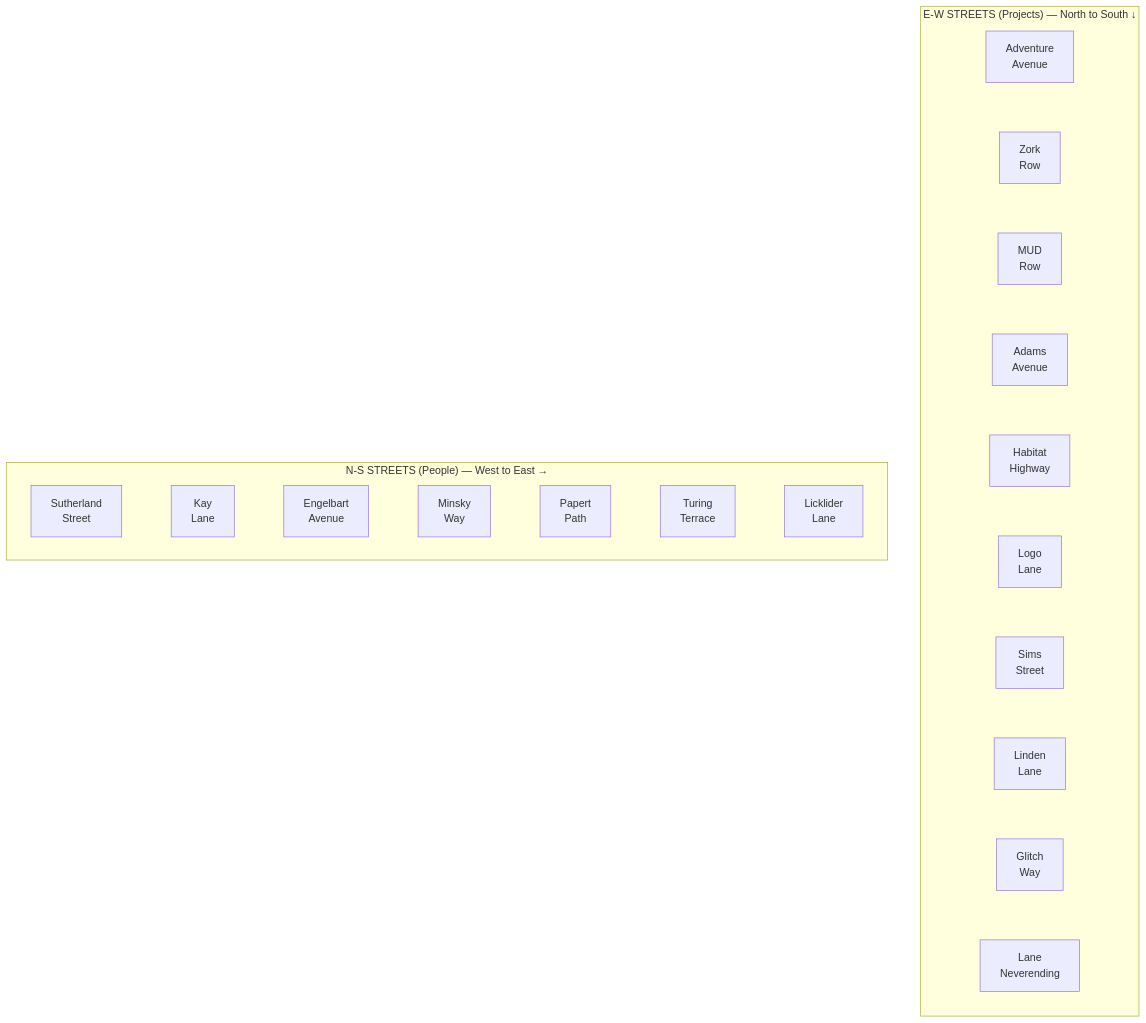
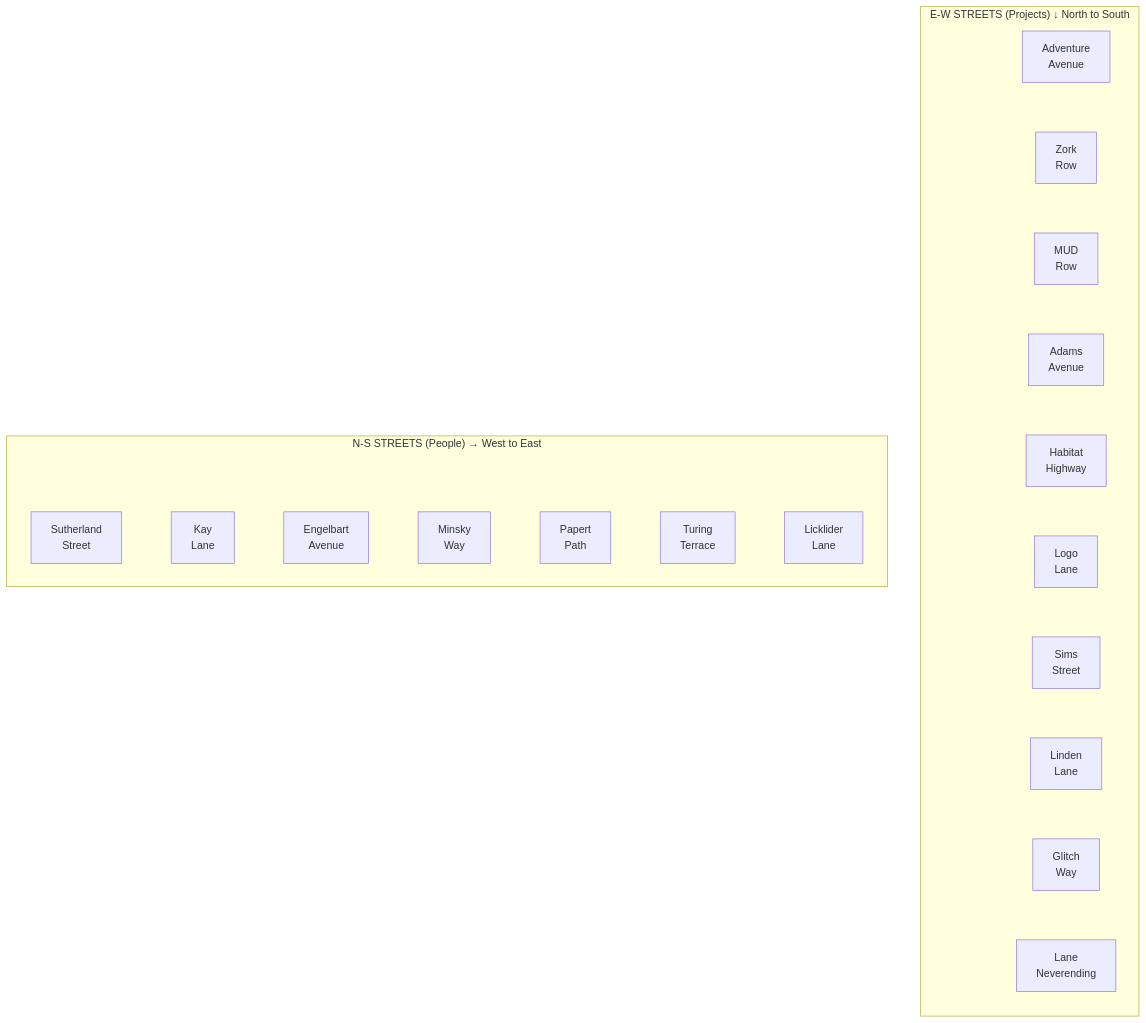
One commit to SimHacker/moollm changed the diagram in examples/adventure-4/street/README.md. Above: the diagram before and after it, drawn with Mermaid.

Commit message:
Add padding under Mermaid titles, shorter title format

````diff
--- a/examples/adventure-4/street/README.md
+++ b/examples/adventure-4/street/README.md
@@ -11,25 +11,30 @@
 ```mermaid
 flowchart TB
-    subgraph EW["E-W STREETS (Projects) — North to South ↓"]
+    subgraph EW["E-W STREETS (Projects) ↓ North to South"]
         direction TB
+        space1[" "]
         Adv["Adventure<br>Avenue"] ~~~ Zork["Zork<br>Row"]
         Zork ~~~ MUD["MUD<br>Row"]
         MUD ~~~ Adams["Adams<br>Avenue"]
         Adams ~~~ Hab["Habitat<br>Highway"]
         Hab ~~~ Logo["Logo<br>Lane"]
         Logo ~~~ Sims["Sims<br>Street"]
         Sims ~~~ Linden["Linden<br>Lane"]
         Linden ~~~ Glitch["Glitch<br>Way"]
         Glitch ~~~ Lane["Lane<br>Neverending"]
     end
     
-    subgraph NS["N-S STREETS (People) — West to East →"]
+    subgraph NS["N-S STREETS (People) → West to East"]
         direction LR
+        space2[" "]
         Suth["Sutherland<br>Street"] ~~~ Kay["Kay<br>Lane"]
         Kay ~~~ Eng["Engelbart<br>Avenue"]
         Eng ~~~ Min["Minsky<br>Way"]
         Min ~~~ Pap["Papert<br>Path"]
         Pap ~~~ Tur["Turing<br>Terrace"]
         Tur ~~~ Lic["Licklider<br>Lane"]
     end
+    
+    style space1 fill:none,stroke:none
+    style space2 fill:none,stroke:none
 ```
````
